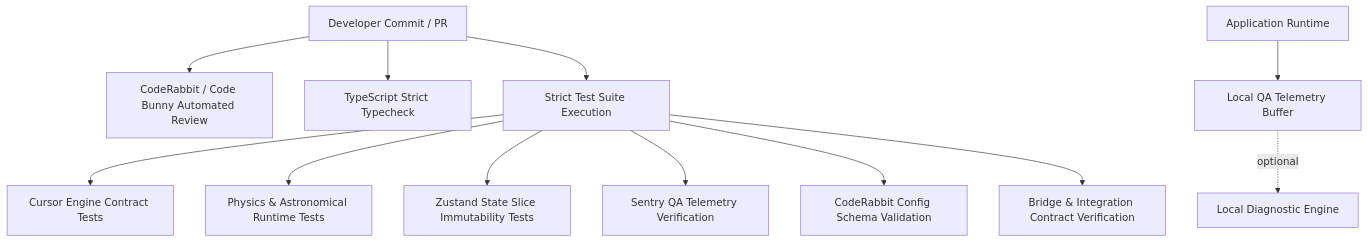
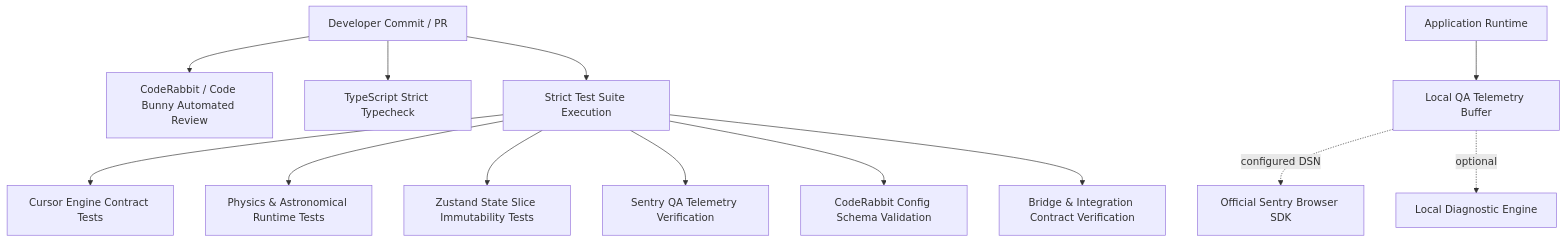
One commit to jckx15-13/HuTao-Software changed the diagram in docs/QA_ARCHITECTURE.md. Above: the diagram before and after it, drawn with Mermaid. The commit also changed other lines of this file and 16 other files, not shown here.

````diff
--- a/docs/QA_ARCHITECTURE.md
+++ b/docs/QA_ARCHITECTURE.md
@@ -9,16 +9,17 @@
 ```mermaid
 graph TD
     Sub[Developer Commit / PR] --> CR[CodeRabbit / Code Bunny Automated Review]
     Sub --> TC[TypeScript Strict Typecheck]
     Sub --> ST[Strict Test Suite Execution]
     
     ST --> CE[Cursor Engine Contract Tests]
     ST --> PR[Physics & Astronomical Runtime Tests]
     ST --> SS[Zustand State Slice Immutability Tests]
     ST --> SQ[Sentry QA Telemetry Verification]
     ST --> CC[CodeRabbit Config Schema Validation]
     ST --> IC[Bridge & Integration Contract Verification]
 
     App[Application Runtime] --> SE[Local QA Telemetry Buffer]
+    SE -. configured DSN .-> SDK[Official Sentry Browser SDK]
     SE -. optional .-> DIAG[Local Diagnostic Engine]
 ```
````
